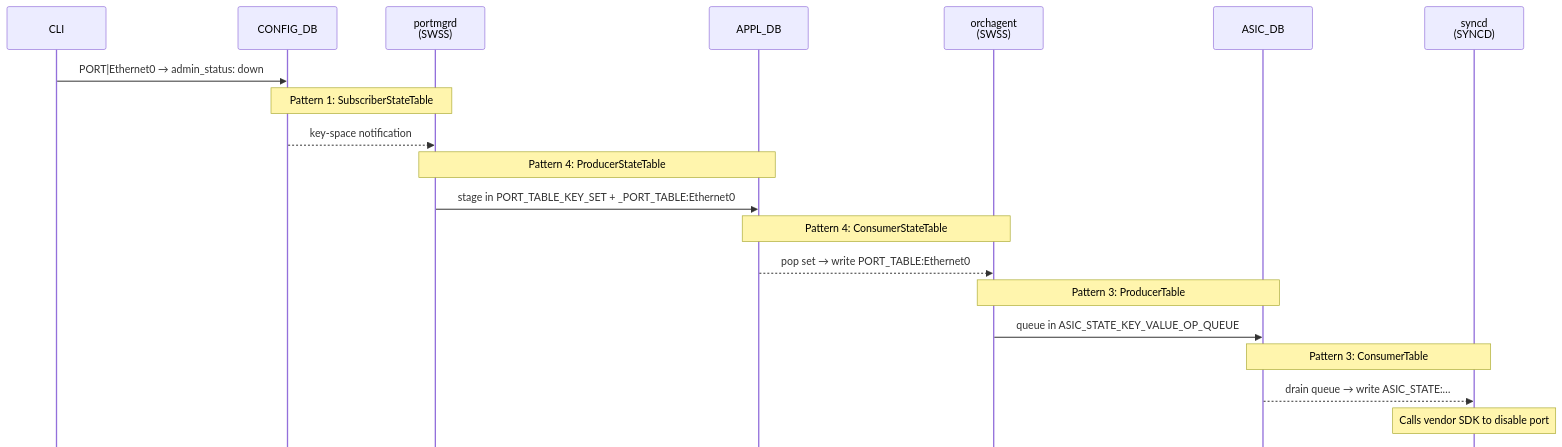
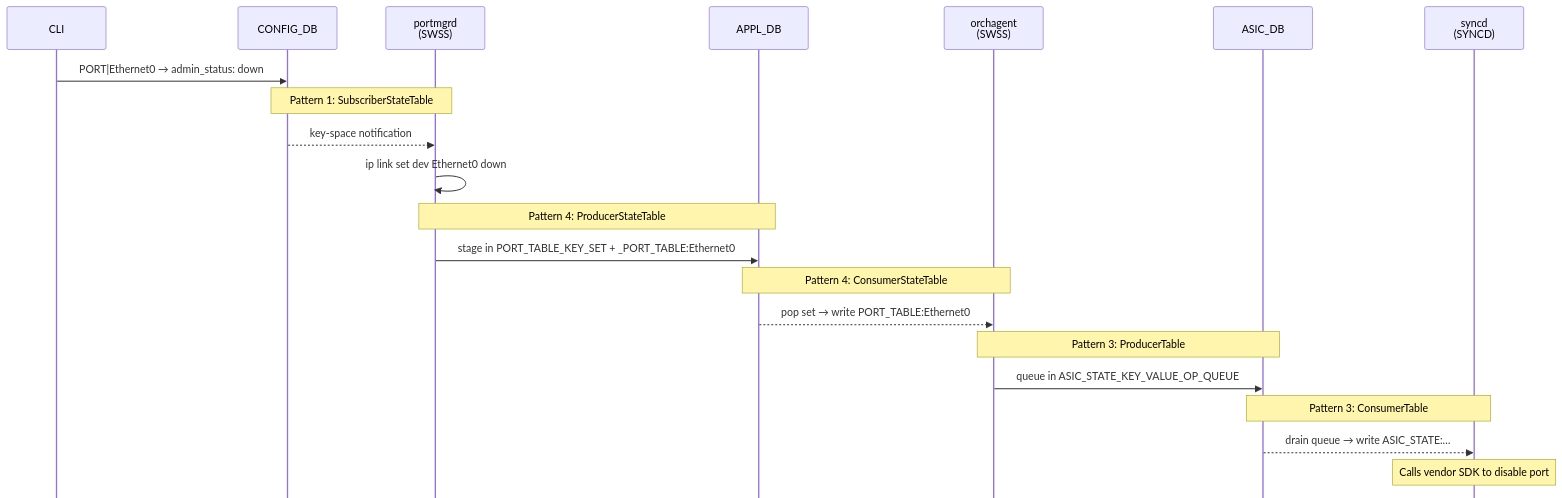
Before and after one commit to ManiAm/sonic-lab-internals: the sixth of 6 diagrams in docs/10_ipc_mechanisms.md, drawn with Mermaid. The commit also changed other lines of this file and 1 other file, not shown here.

Commit message:
cosmetics

````diff
--- a/docs/10_ipc_mechanisms.md
+++ b/docs/10_ipc_mechanisms.md
@@ -355,30 +356,32 @@
 ```mermaid
 %%{init: {'sequence': {'mirrorActors': false}}}%%
 sequenceDiagram
     participant CLI
     participant CFG as CONFIG_DB
     participant MGR as portmgrd<br/>(SWSS)
     participant APP as APPL_DB
     participant ORC as orchagent<br/>(SWSS)
     participant ADB as ASIC_DB
     participant SYN as syncd<br/>(SYNCD)
 
     CLI->>CFG: PORT|Ethernet0 → admin_status: down
 
     Note over CFG,MGR: Pattern 1: SubscriberStateTable
     CFG-->>MGR: key-space notification
 
+    MGR->>MGR: ip link set dev Ethernet0 down
+
     Note over MGR,APP: Pattern 4: ProducerStateTable
     MGR->>APP: stage in PORT_TABLE_KEY_SET + _PORT_TABLE:Ethernet0
 
     Note over APP,ORC: Pattern 4: ConsumerStateTable
     APP-->>ORC: pop set → write PORT_TABLE:Ethernet0
 
     Note over ORC,ADB: Pattern 3: ProducerTable
     ORC->>ADB: queue in ASIC_STATE_KEY_VALUE_OP_QUEUE
 
     Note over ADB,SYN: Pattern 3: ConsumerTable
     ADB-->>SYN: drain queue → write ASIC_STATE:…
 
     Note over SYN: Calls vendor SDK to disable port
 ```
````
